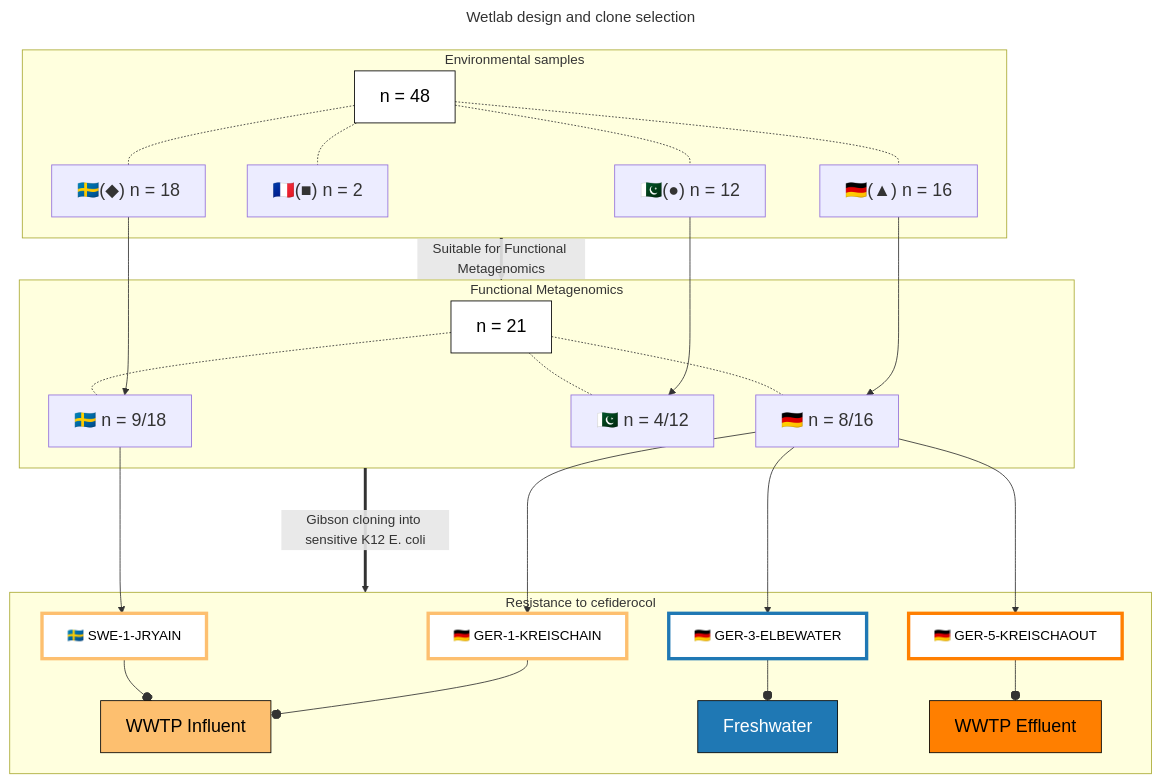
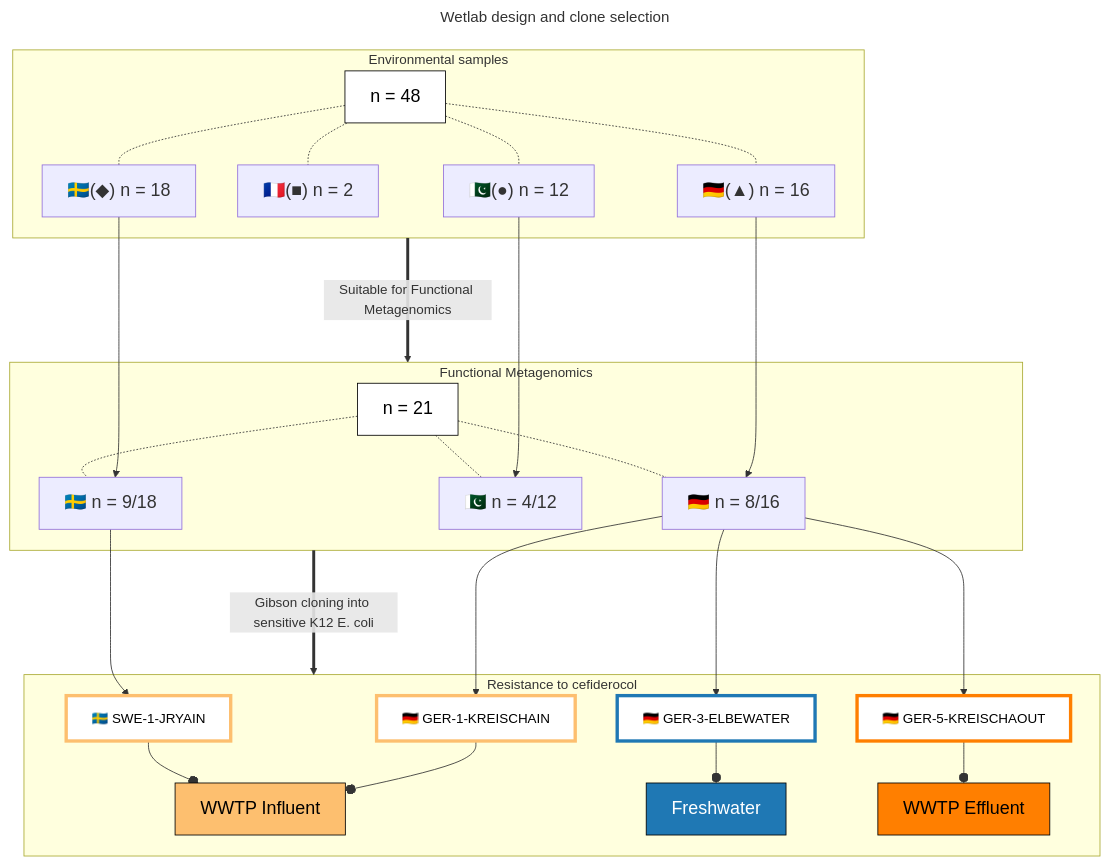
Before and after one commit to RemiGSC/Mgf_FDC: the first of 2 diagrams in README.md, drawn with Mermaid.

````diff
--- a/README.md
+++ b/README.md
@@ -9,64 +9,64 @@
 ```mermaid
 ---
 title: Wetlab design and clone selection
 ---
 
 graph TD
 	subgraph ev [Environmental samples]
 		A[n = 48] -.- A1["🇸🇪(◆) n = 18"]
 		A -.- A2["🇫🇷(■) n = 2"]
 		A -.- A3["🇩🇪(▲) n = 16"]
 		A -.- A4["🇵🇰(●) n = 12"]
 	end
 
 	subgraph fmg [Functional Metagenomics]
 		B[n = 21] -.- B1[🇸🇪 n = 9/18]
 		B -.- B3[🇩🇪 n = 8/16]
 		B -.- B4[🇵🇰 n = 4/12]
 	end
 
 	subgraph Rcef [Resistance to cefiderocol]
 			C1[🇸🇪 SWE-1-JRYAIN] --o WWIN[WWTP Influent]
 			C3a[🇩🇪 GER-1-KREISCHAIN] --o WWIN[WWTP Influent]
 			C3b[🇩🇪 GER-3-ELBEWATER] --o Fresh[Freshwater]
 			C3c[🇩🇪 GER-5-KREISCHAOUT] --o WWEF[WWTP Effluent]
 	end
 
 
 ev ==>|Suitable for Functional Metagenomics| fmg
 
 fmg ==>|Gibson cloning into sensitive K12 E. coli| Rcef
 
-A1 ---> B1
-A3 ---> B3
-A4 ---> B4
+A1 ----> B1
+A3 ----> B3
+A4 ----> B4
 
 B1 ---> C1
 B3 ---> C3a
 B3 ---> C3b
 B3 ---> C3c
 
 
 
 style A stroke:#000,fill:#fff,color:#000,font-size:110%
 style B stroke:#000,fill:#fff,color:#000,font-size:110%
 
 style A1 font-size:110%
 style A2 font-size:110%
 style A3 font-size:110%
 style A4 font-size:110%
 style B1 font-size:110%
 style B3 font-size:110%
 style B4 font-size:110%
 
 style C1 stroke:#fdbf6f,fill:#fff,color:#000,stroke-width:4px
 style C3a stroke:#fdbf6f,fill:#fff,color:#000,stroke-width:4px
 style C3b stroke:#1f78b4,fill:#fff,color:#000,stroke-width:4px
 style C3c stroke:#ff7f00,fill:#fff,color:#000,stroke-width:4px
 
 style WWIN stroke:#000,fill:#fdbf6f,color:#000, font-size:110%
 style Fresh stroke:#000,fill:#1f78b4,color:#fff,font-size:110%
 style WWEF stroke:#000,fill:#ff7f00,color:#000, font-size:110%
 
 
 ```
````
